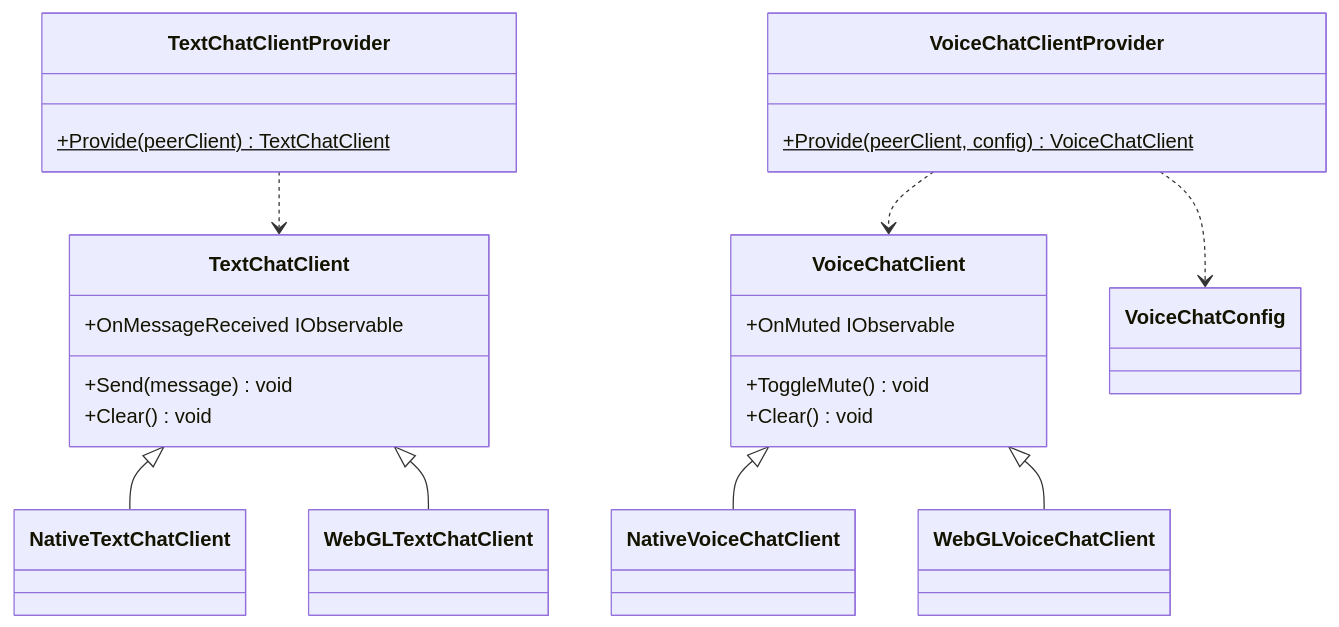
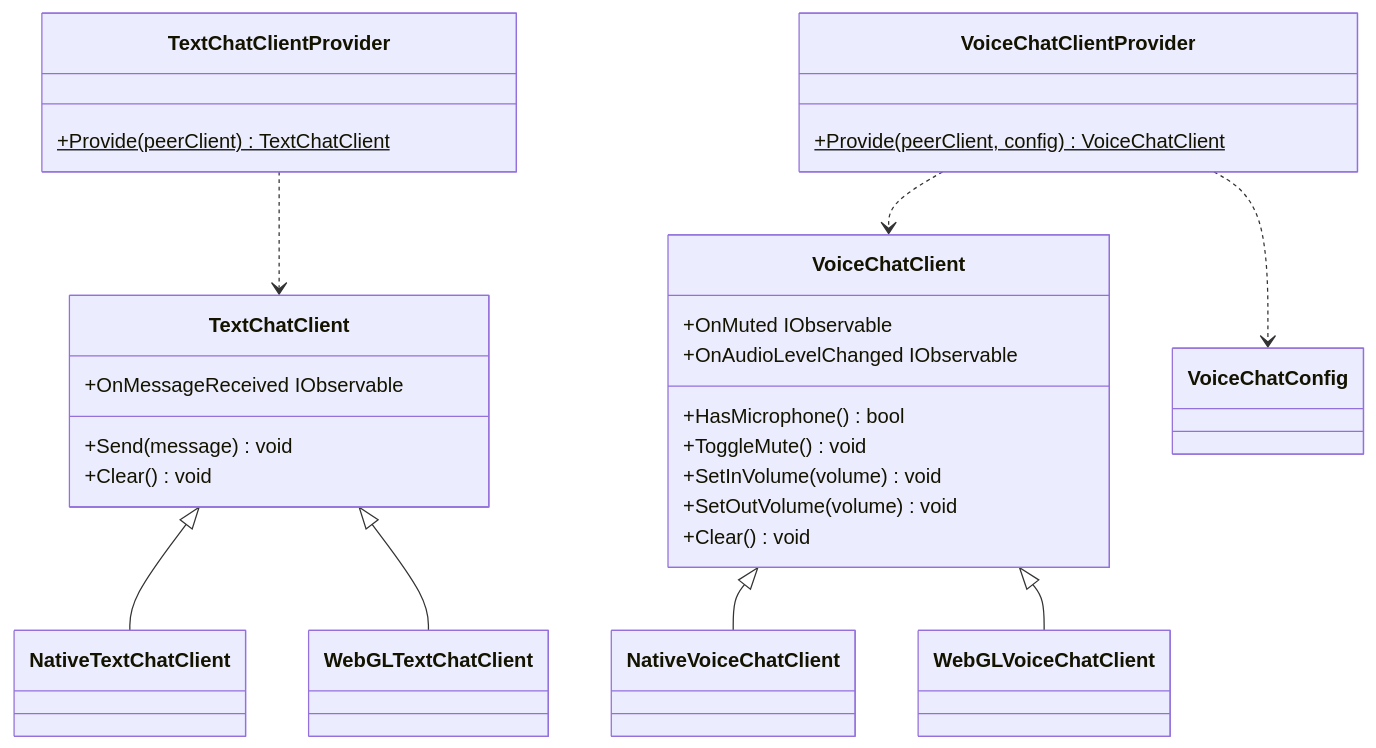
Before and after one commit to extreal-dev/Extreal.Guide: the first of 2 diagrams in docs/integration/chat.webrtc.md, drawn with Mermaid. The commit also changed other lines of this file and 3 other files, not shown here.

````diff
--- a/docs/integration/chat.webrtc.md
+++ b/docs/integration/chat.webrtc.md
@@ -22,46 +22,50 @@
 ```mermaid
 classDiagram
 
     TextChatClientProvider ..> TextChatClient
     TextChatClient <|-- NativeTextChatClient
     TextChatClient <|-- WebGLTextChatClient
     VoiceChatClientProvider ..> VoiceChatClient
     VoiceChatClientProvider ..> VoiceChatConfig
     VoiceChatClient <|-- NativeVoiceChatClient
     VoiceChatClient <|-- WebGLVoiceChatClient
 
     class TextChatClientProvider {
         +Provide(peerClient)$ TextChatClient
     }
     
     class TextChatClient {
         +OnMessageReceived IObservable
         +Send(message) void
         +Clear() void
     }
     
     class NativeTextChatClient {
     }
     
     class WebGLTextChatClient {
     }
 
     class VoiceChatClientProvider {
         +Provide(peerClient, config)$ VoiceChatClient
     }
 
     class VoiceChatConfig {
     }
 
     class VoiceChatClient {
         +OnMuted IObservable
+        +OnAudioLevelChanged IObservable
+        +HasMicrophone() bool
         +ToggleMute() void
+        +SetInVolume(volume) void
+        +SetOutVolume(volume) void
         +Clear() void
     }
     
     class NativeVoiceChatClient {
     }
     
     class WebGLVoiceChatClient {
     }
 ```
````
